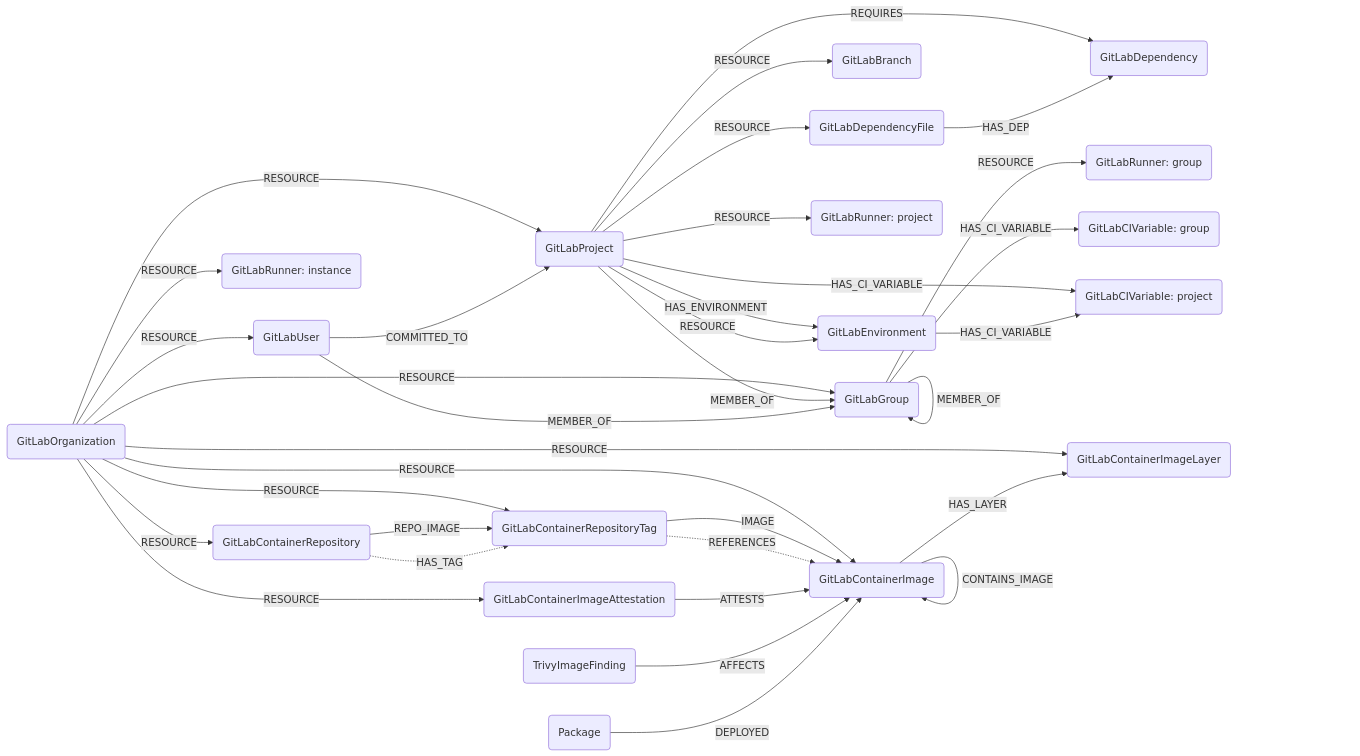
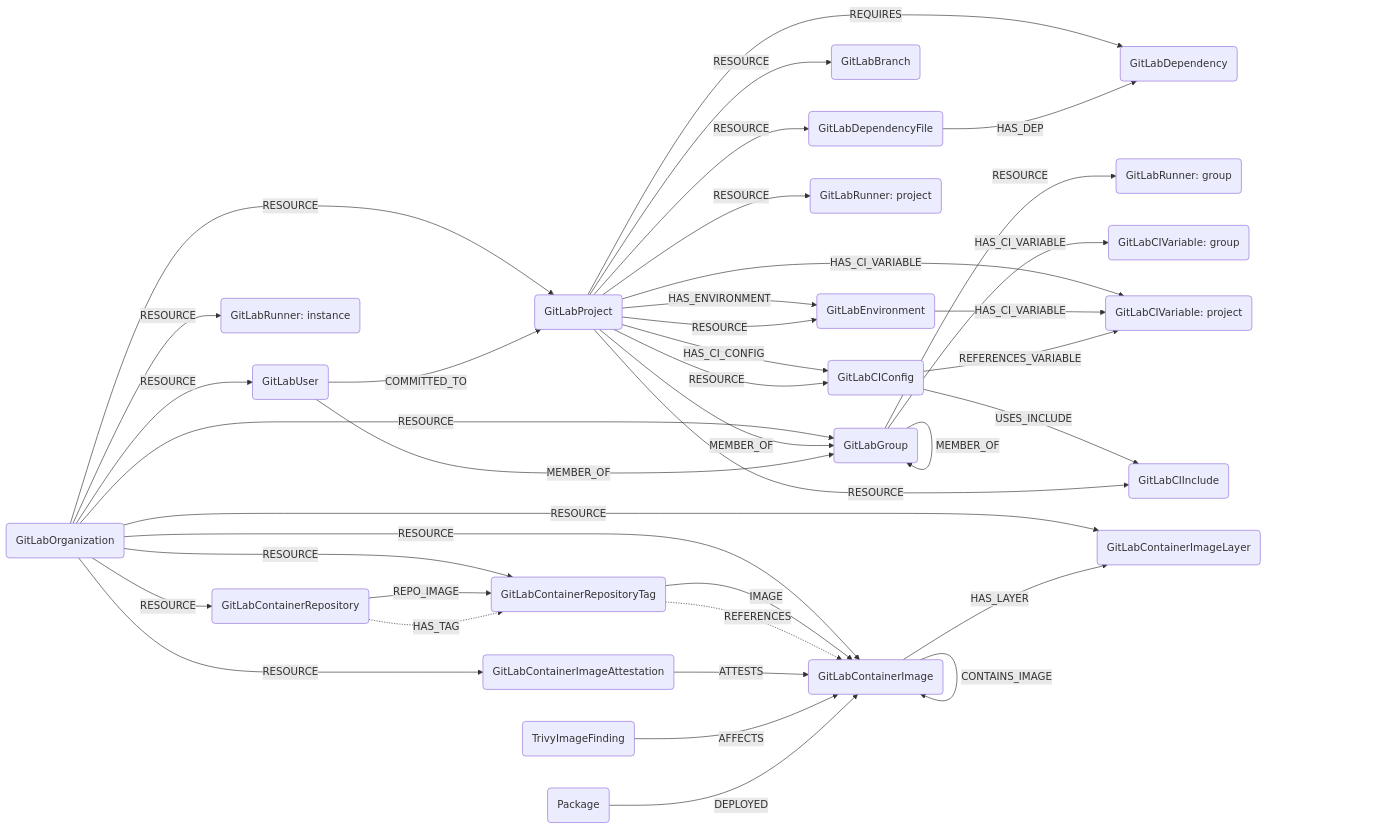
Before and after one commit to cartography-cncf/cartography: the diagram in docs/root/modules/gitlab/schema.md, drawn with Mermaid. The commit also changed other lines of this file and 13 other files, not shown here.

````diff
--- a/docs/root/modules/gitlab/schema.md
+++ b/docs/root/modules/gitlab/schema.md
@@ -3,47 +3,54 @@
 ```mermaid
 graph LR
 
 O(GitLabOrganization) -- RESOURCE --> G(GitLabGroup)
 O -- RESOURCE --> P(GitLabProject)
 O -- RESOURCE --> U(GitLabUser)
 G -- MEMBER_OF --> G
 P -- MEMBER_OF --> G
 U -- MEMBER_OF --> G
 U -- COMMITTED_TO --> P
 P -- RESOURCE --> B(GitLabBranch)
 P -- RESOURCE --> DF(GitLabDependencyFile)
 P -- REQUIRES --> D(GitLabDependency)
 DF -- HAS_DEP --> D
 
 %% CI/CD Runners
 O -- RESOURCE --> R_I(GitLabRunner: instance)
 G -- RESOURCE --> R_G(GitLabRunner: group)
 P -- RESOURCE --> R_P(GitLabRunner: project)
 
 %% CI/CD Variables
 G -- HAS_CI_VARIABLE --> CV_G(GitLabCIVariable: group)
 P -- HAS_CI_VARIABLE --> CV_P(GitLabCIVariable: project)
 
 %% Environments
 P -- HAS_ENVIRONMENT --> E(GitLabEnvironment)
 P -- RESOURCE --> E
 E -- HAS_CI_VARIABLE --> CV_P
 
+%% CI/CD Config (.gitlab-ci.yml)
+P -- HAS_CI_CONFIG --> CC(GitLabCIConfig)
+P -- RESOURCE --> CC
+CC -- USES_INCLUDE --> CI_INC(GitLabCIInclude)
+P -- RESOURCE --> CI_INC
+CC -- REFERENCES_VARIABLE --> CV_P
+
 %% Container Registry
 O -- RESOURCE --> CR(GitLabContainerRepository)
 O -- RESOURCE --> CI(GitLabContainerImage)
 O -- RESOURCE --> CIL(GitLabContainerImageLayer)
 O -- RESOURCE --> CT(GitLabContainerRepositoryTag)
 O -- RESOURCE --> CA(GitLabContainerImageAttestation)
 CR -- REPO_IMAGE --> CT
 CR -. HAS_TAG .-> CT
 CT -- IMAGE --> CI
 CT -. REFERENCES .-> CI
 CI -- CONTAINS_IMAGE --> CI
 CI -- HAS_LAYER --> CIL
 CA -- ATTESTS --> CI
 
 %% Trivy Vulnerability Scanning
 TIF(TrivyImageFinding) -- AFFECTS --> CI
 PKG(Package) -- DEPLOYED --> CI
 ```
````
